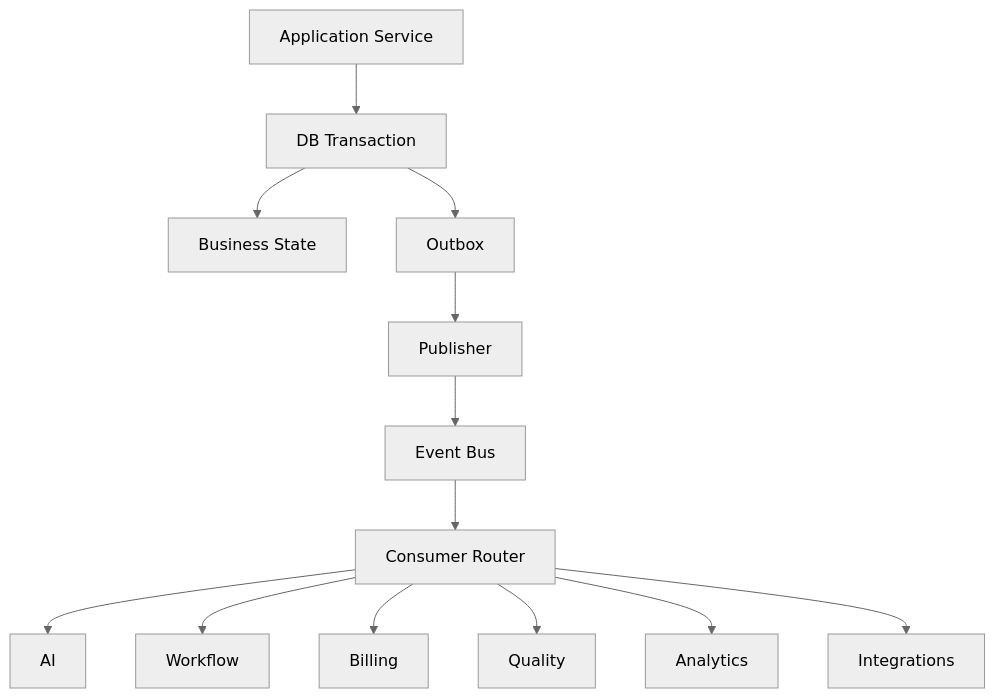
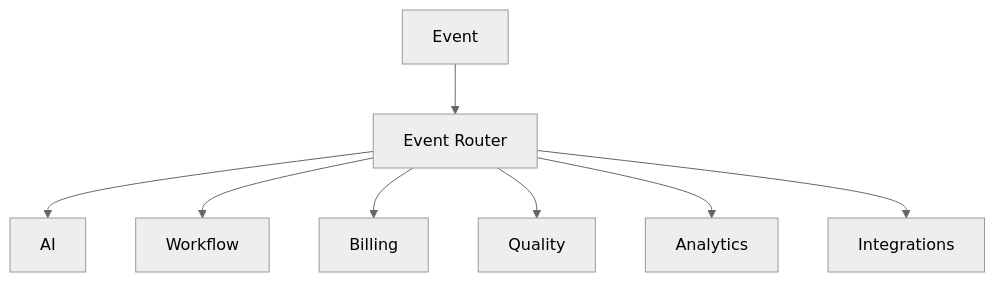
Before and after one commit to D-engahmed/OMILINKS: the second of 2 diagrams in docs/architecture/event-architecture.md, drawn with Mermaid (neutral theme). The commit also changed other lines of this file and 4 other files, not shown here.

Commit message:
docs: deepen architecture implementation blueprints

```diff
--- a/docs/architecture/event-architecture.md
+++ b/docs/architecture/event-architecture.md
@@ -48,15 +105,10 @@
 ~~~mermaid
-flowchart TB
-APP[Application Service] --> TX[DB Transaction]
-TX --> STATE[Business State]
-TX --> OUTBOX[Outbox]
-OUTBOX --> PUB[Publisher]
-PUB --> BUS[Event Bus]
-BUS --> ROUTER[Consumer Router]
+flowchart TD
+EVENT[Event] --> ROUTER[Event Router]
 ROUTER --> AI[AI]
 ROUTER --> WF[Workflow]
 ROUTER --> BILL[Billing]
 ROUTER --> QA[Quality]
 ROUTER --> ANALYTICS[Analytics]
-ROUTER --> INTEGRATIONS[Integrations]
+ROUTER --> INT[Integrations]
 ~~~
```
